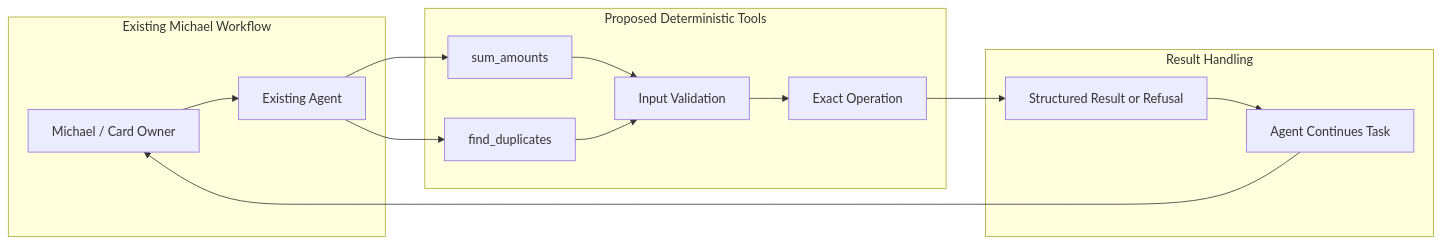
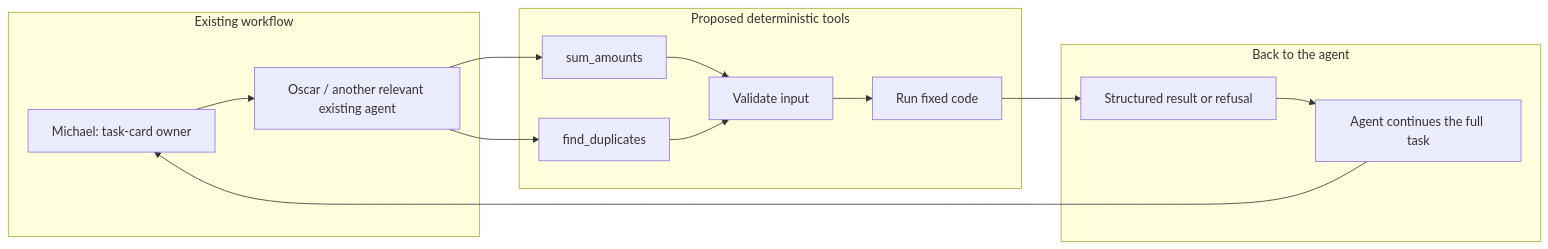
One commit to AMAN5102003/dontbemichael changed the second of 2 diagrams in docs/designs/code-first-execution.md. Above: the diagram before and after it, drawn with Mermaid. The commit also changed other lines of this file, not shown here.

````diff
--- a/docs/designs/code-first-execution.md
+++ b/docs/designs/code-first-execution.md
@@ -79,29 +51,26 @@
 ```mermaid
 flowchart LR
-    subgraph Existing["Existing Michael Workflow"]
-        A["Michael / Card Owner"]
-        B["Existing Agent"]
+    subgraph Existing["Existing workflow"]
+        A["Michael: task-card owner"]
+        B["Oscar / another relevant existing agent"]
     end
-
-    subgraph Proposed["Proposed Deterministic Tools"]
+    subgraph Proposed["Proposed deterministic tools"]
         C["sum_amounts"]
         D["find_duplicates"]
-        E["Input Validation"]
-        F["Exact Operation"]
+        E["Validate input"]
+        F["Run fixed code"]
     end
-
-    subgraph Results["Result Handling"]
-        G["Structured Result or Refusal"]
-        H["Agent Continues Task"]
+    subgraph Return["Back to the agent"]
+        G["Structured result or refusal"]
+        H["Agent continues the full task"]
     end
-
     A --> B
     B --> C
     B --> D
     C --> E
     D --> E
     E --> F
     F --> G
     G --> H
     H --> A
 ```
````
